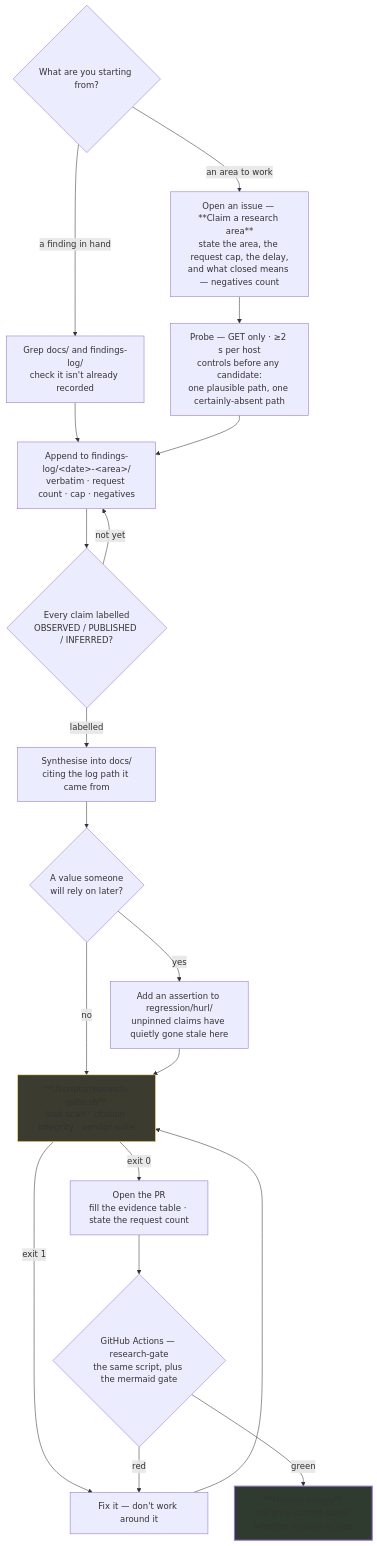
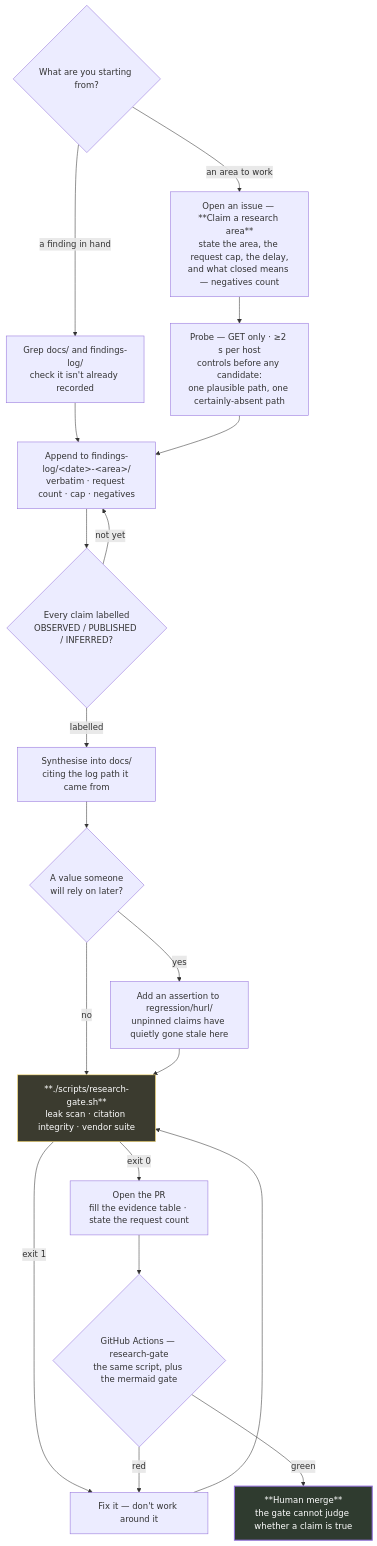
The fourth of 4 diagrams in README.md (NovaLux12/carelink-api-research), drawn with Mermaid before and after one commit. The commit also changed other lines of this file, not shown here.

First line of the commit message:
README: light text on dark Mermaid nodes

````diff
--- a/README.md
+++ b/README.md
@@ -211,25 +211,25 @@
 ```mermaid
 flowchart TD
     Q{"What are you starting from?"}
     Q -->|"an area to work"| CLAIM["Open an issue — **Claim a research area**<br/>state the area, the request cap, the delay,<br/>and what closed means — negatives count"]
     Q -->|"a finding in hand"| DUP["Grep docs/ and findings-log/<br/>check it isn't already recorded"]
     CLAIM --> PROBE["Probe — GET only · ≥2 s per host<br/>controls before any candidate:<br/>one plausible path, one certainly-absent path"]
     DUP --> LOG["Append to findings-log/&lt;date&gt;-&lt;area&gt;/<br/>verbatim · request count · cap · negatives"]
     PROBE --> LOG
     LOG --> LBL{"Every claim labelled<br/>OBSERVED / PUBLISHED / INFERRED?"}
     LBL -->|"not yet"| LOG
     LBL -->|"labelled"| SYNTH["Synthesise into docs/<br/>citing the log path it came from"]
     SYNTH --> PIN{"A value someone<br/>will rely on later?"}
     PIN -->|"yes"| REG["Add an assertion to regression/hurl/<br/>unpinned claims have quietly gone stale here"]
     PIN -->|"no"| GATE
     REG --> GATE
     GATE["**./scripts/research-gate.sh**<br/>leak scan · citation integrity · vendor suite"]
     GATE -->|"exit 1"| FIX["Fix it — don't work around it"]
     FIX --> GATE
     GATE -->|"exit 0"| PR["Open the PR<br/>fill the evidence table · state the request count"]
     PR --> CI{"GitHub Actions — research-gate<br/>the same script, plus the mermaid gate"}
     CI -->|"red"| FIX
     CI -->|"green"| HUMAN["**Human merge**<br/>the gate cannot judge whether a claim is true"]
-    style HUMAN fill:#2f3b2f,stroke:#6f,stroke-width:2px
-    style GATE fill:#3b3b2f,stroke:#fd6
+    style HUMAN fill:#2f3b2f,stroke:#6f,stroke-width:2px,color:#fff
+    style GATE fill:#3b3b2f,stroke:#fd6,color:#fff
 ```
````
